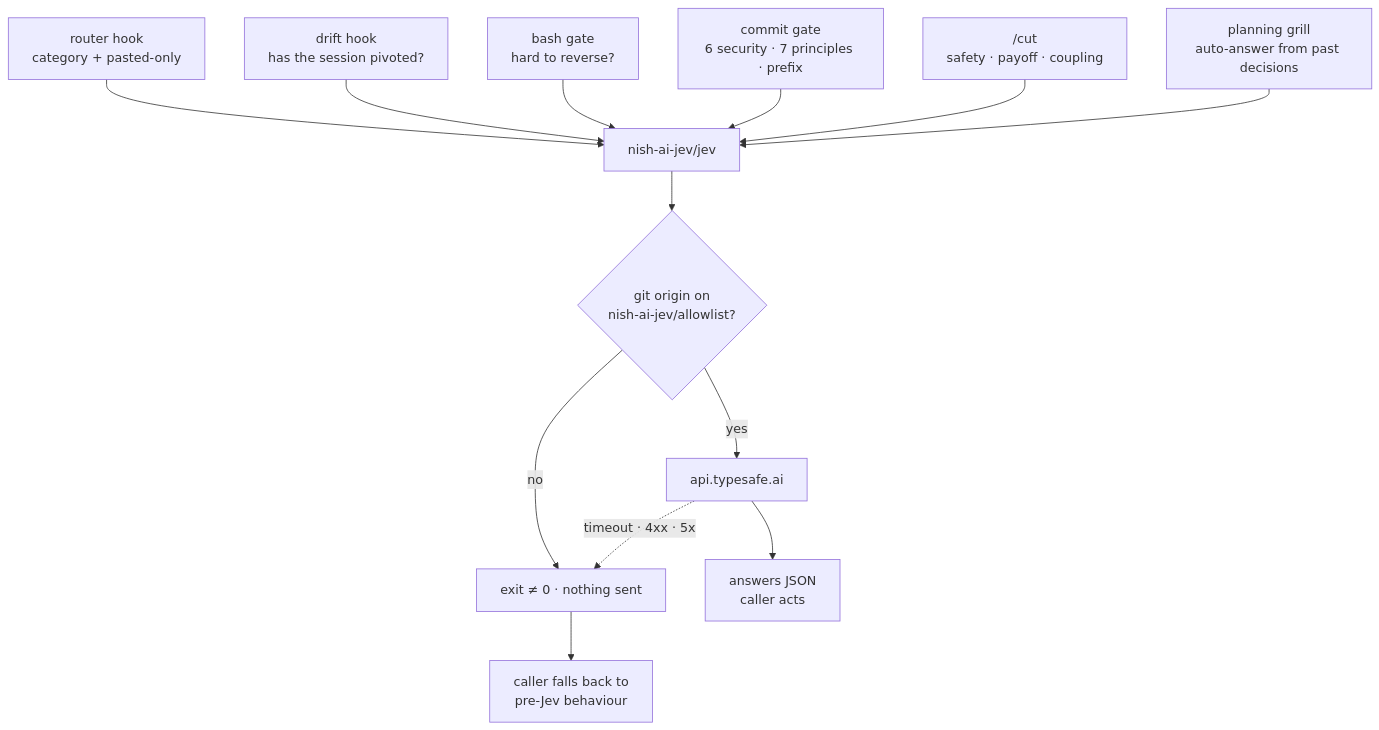
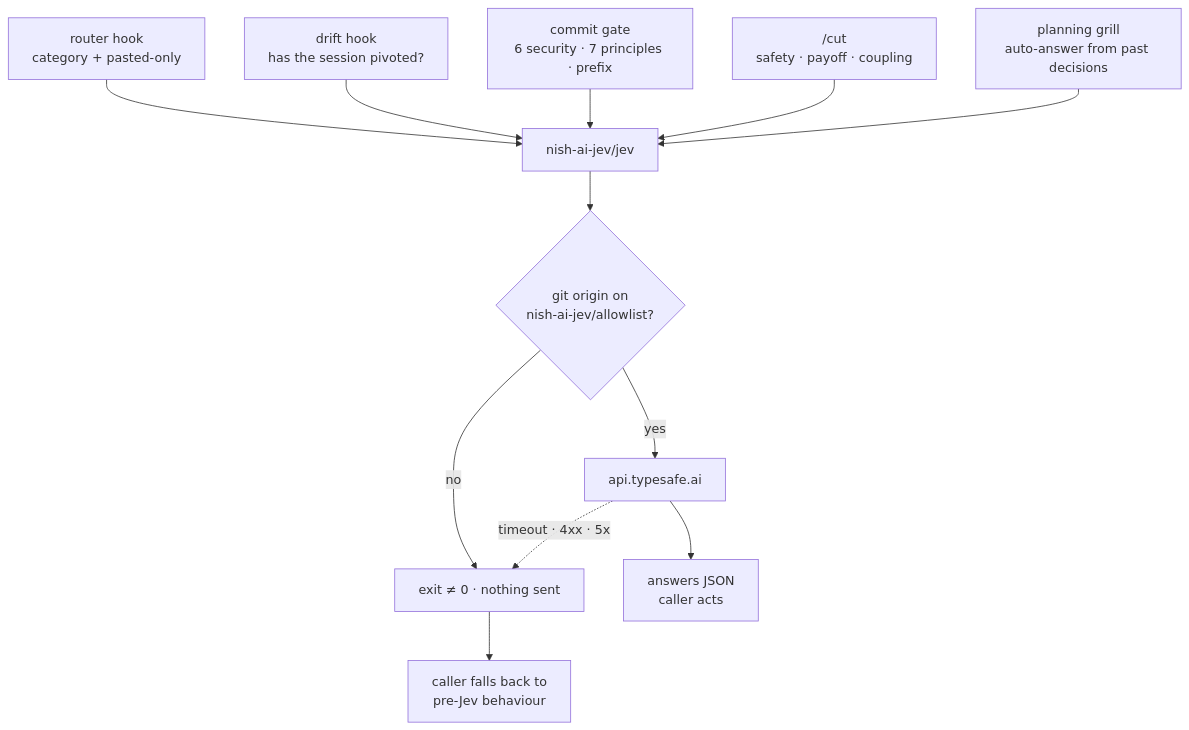
Before and after one commit to ubunish/nish-ai: the fourth of 4 diagrams in README.md, drawn with Mermaid. The commit also changed other lines of this file and 7 other files, not shown here.

Commit message:
refactor: remove jev bash gate

````diff
--- a/README.md
+++ b/README.md
@@ -317,16 +312,15 @@
 ```mermaid
 flowchart TD
     R["router hook<br/>category + pasted-only"] --> J["nish-ai-jev/jev"]
     D["drift hook<br/>has the session pivoted?"] --> J
-    B["bash gate<br/>hard to reverse?"] --> J
     G["commit gate<br/>6 security · 7 principles · prefix"] --> J
     C["/cut<br/>safety · payoff · coupling"] --> J
     P["planning grill<br/>auto-answer from past decisions"] --> J
 
     J --> AL{"git origin on<br/>nish-ai-jev/allowlist?"}
     AL -->|no| X["exit ≠ 0 · nothing sent"]
     AL -->|yes| API["api.typesafe.ai"]
     API --> OK["answers JSON<br/>caller acts"]
     API -.timeout · 4xx · 5xx.-> X
     X --> FB["caller falls back to<br/>pre-Jev behaviour"]
 ```
````
